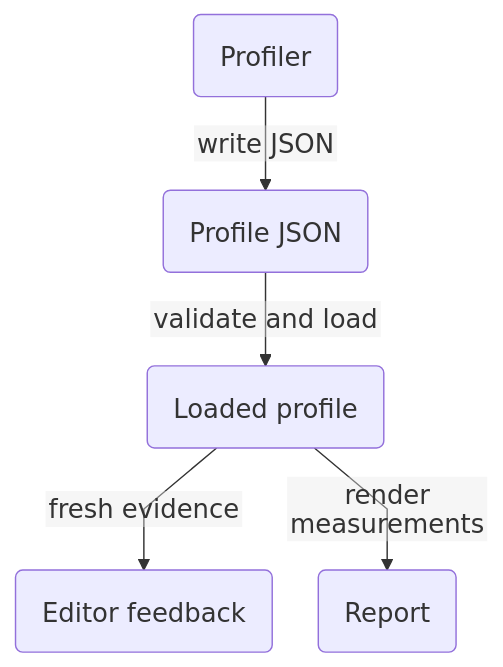
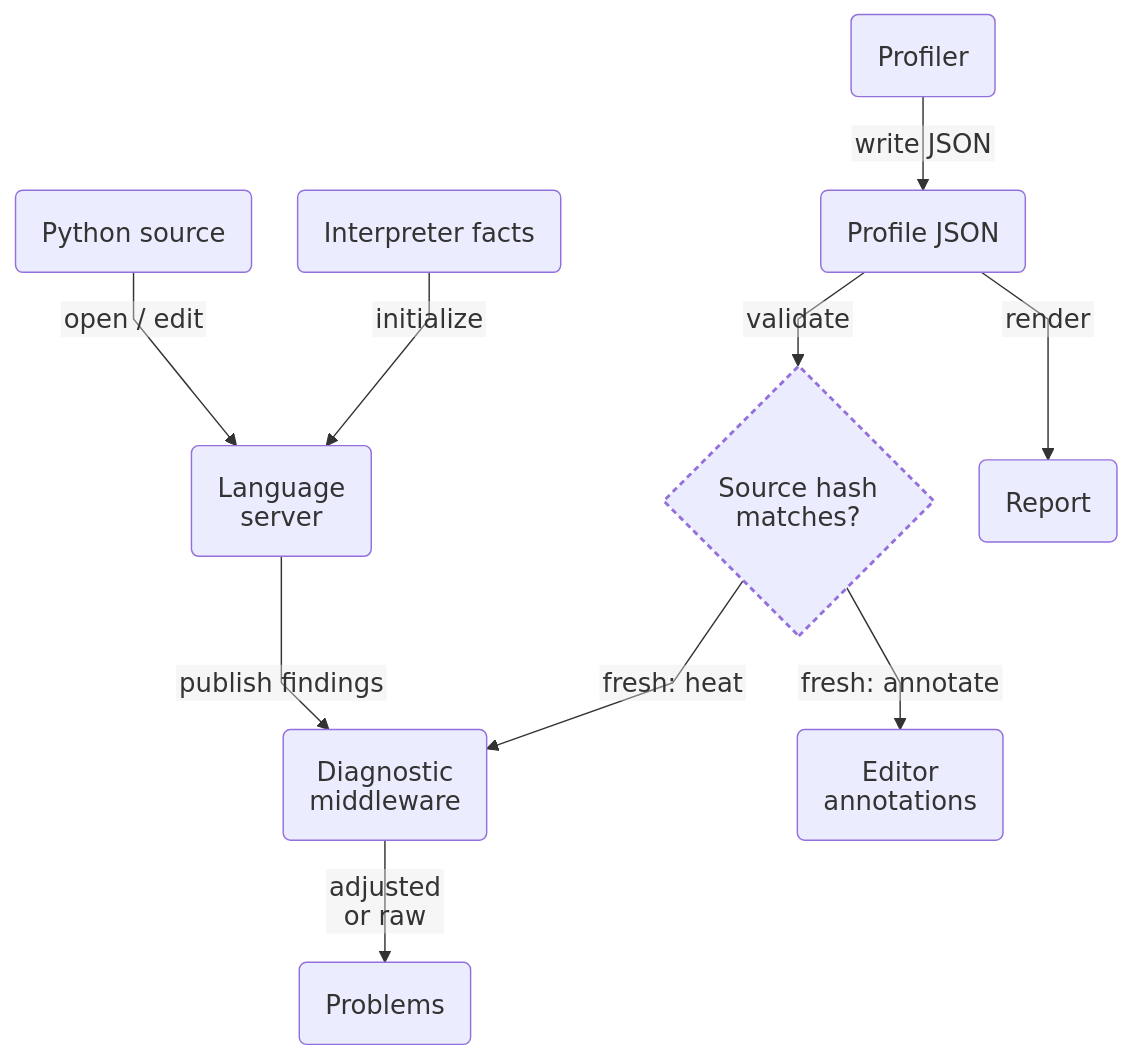
Before and after one commit to AashishTangnami/python-memory-guardian: the first of 16 diagrams in docs/feature-map.md, drawn with Mermaid. The commit also changed other lines of this file and 6 other files, not shown here.

Commit message:
docs: consolidate feature-map diagrams and close source/doc gaps

````diff
--- a/docs/feature-map.md
+++ b/docs/feature-map.md
@@ -38,8 +28,15 @@
 ```mermaid
 %%{init: {"fontFamily":"Arial, sans-serif","themeVariables":{"fontSize":"18px","fontFamily":"Arial, sans-serif"},"flowchart":{"curve":"linear","nodeSpacing":32,"rankSpacing":40,"diagramPadding":8,"padding":18,"subGraphTitleMargin":{"top":10,"bottom":24},"htmlLabels":false},"layout":"dagre","htmlLabels":false,"themeCSS":".node rect, .cluster rect { rx: 10px; ry: 10px; } .label, .nodeLabel, .edgeLabel, .cluster-label { letter-spacing: normal; word-spacing: normal; } .edgeLabel rect { stroke: currentColor !important; stroke-width: 1px !important; stroke-dasharray: none; opacity: 1 !important; fill-opacity: 1; rx: 4px; ry: 4px; }"}}%%
 flowchart TD
-Runtime("Profiler") -->|write JSON| JSON("Profile JSON")
-    JSON -->|validate and load| Profile("Loaded profile")
-    Profile -->|fresh evidence| Editor("Editor feedback")
-    Profile -->|render measurements| Report("Report")
+    Src("Python source") -->|open / edit| LSP("Language<br/>server")
+    Facts("Interpreter facts") -->|initialize| LSP
+    LSP -->|publish findings| MW("Diagnostic<br/>middleware")
+    Prof("Profiler") -->|write JSON| JSON("Profile JSON")
+    JSON -->|validate| Gate{"Source hash<br/>matches?"}
+    Gate -->|fresh: heat| MW
+    Gate -->|fresh: annotate| Ed("Editor<br/>annotations")
+    MW -->|adjusted<br/>or raw| Probs("Problems")
+    JSON -->|render| Rep("Report")
+    classDef decision stroke-width:2px,stroke-dasharray:4 3;
+    class Gate decision;
 ```
````
